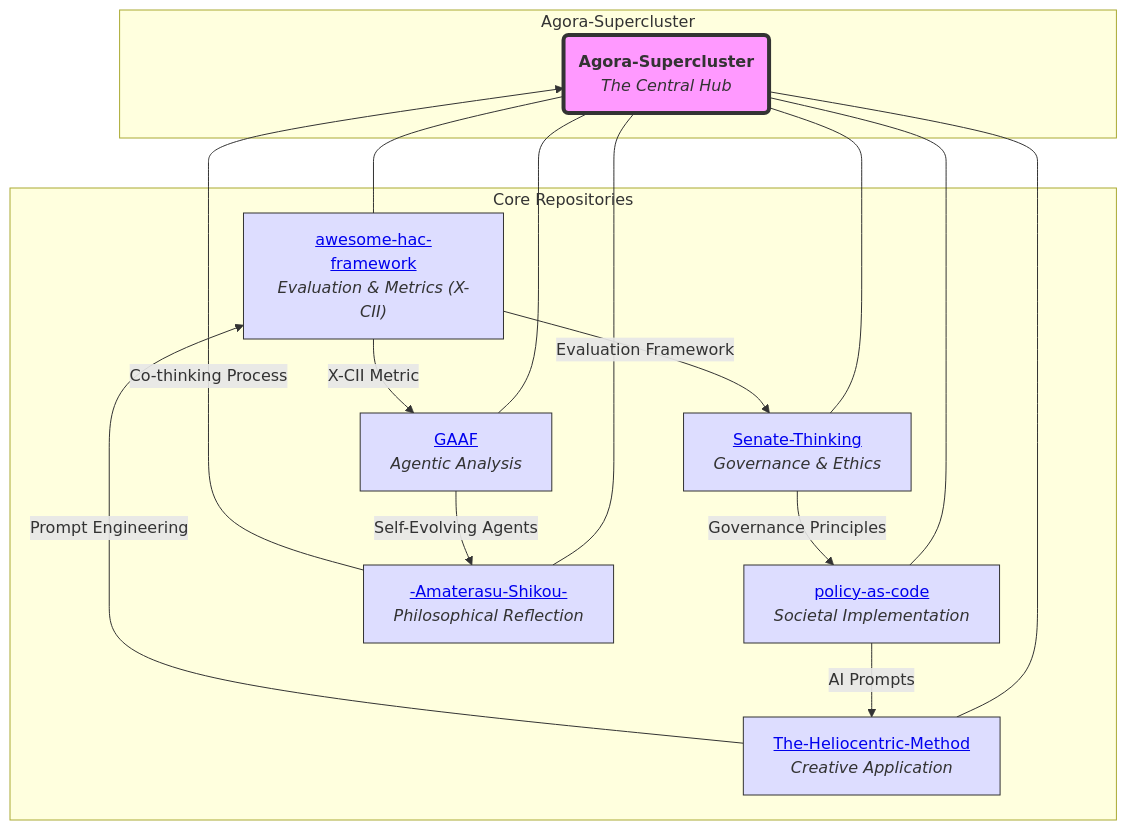
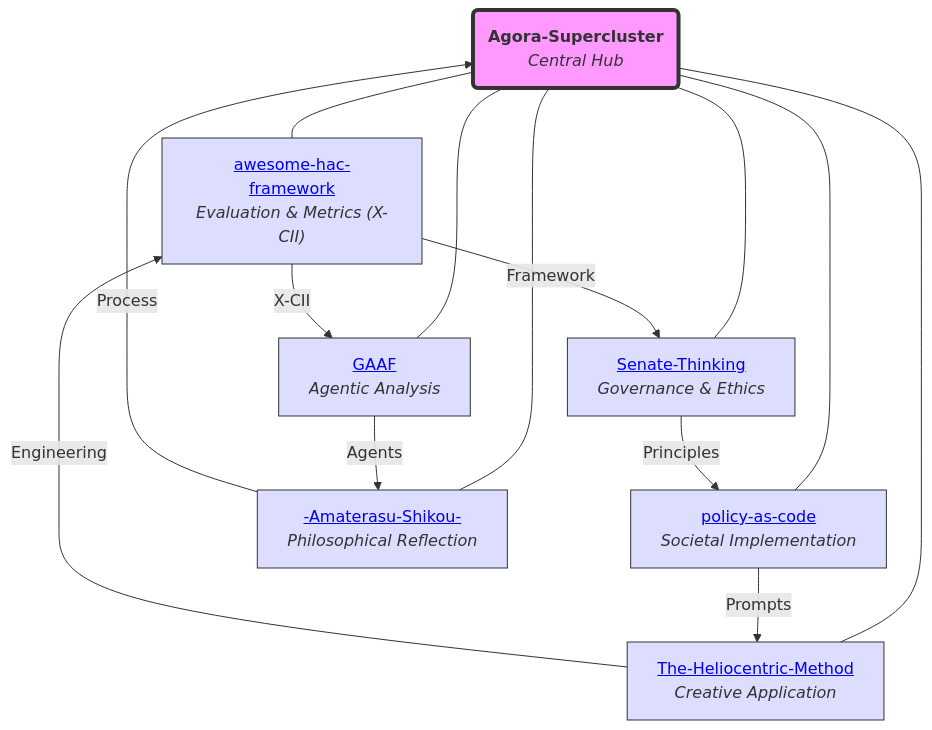
The diagram in README.md (torisan-unya/Agora-Supercluster), drawn with Mermaid before and after one commit. The commit also changed other lines of this file, not shown here.

````diff
--- a/README.md
+++ b/README.md
@@ -26,31 +20,22 @@
 ```mermaid
 graph TD
-    subgraph Agora-Supercluster
-        A("<b>Agora-Supercluster</b><br><i>The Central Hub</i>")
-    end
-    subgraph Core Repositories
-        B["<a href='https://github.com/torisan-unya/awesome-hac-framework'>awesome-hac-framework</a><br><i>Evaluation & Metrics (X-CII)</i>"]
-        C["<a href='https://github.com/torisan-unya/Senate-Thinking'>Senate-Thinking</a><br><i>Governance & Ethics</i>"]
-        D["<a href='https://github.com/torisan-unya/The-Heliocentric-Method'>The-Heliocentric-Method</a><br><i>Creative Application</i>"]
-        E["<a href='https://github.com/torisan-unya/GAAF'>GAAF</a><br><i>Agentic Analysis</i>"]
-        F["<a href='https://github.com/torisan-unya/policy-as-code'>policy-as-code</a><br><i>Societal Implementation</i>"]
-        G["<a href='https://github.com/torisan-unya/-Amaterasu-Shikou-'>-Amaterasu-Shikou-</a><br><i>Philosophical Reflection</i>"]
-    end
-    A --- B
-    A --- C
-    A --- D
-    A --- E
-    A --- F
-    A --- G
-    B -- X-CII Metric --> E
-    B -- Evaluation Framework --> C
-    F -- AI Prompts --> D
-    G -- Co-thinking Process --> A
-    C -- Governance Principles --> F
-    D -- Prompt Engineering --> B
-    E -- Self-Evolving Agents --> G
+    A("<b>Agora-Supercluster</b><br><i>Central Hub</i>")
+    B["<a href='https://github.com/torisan-unya/awesome-hac-framework'>awesome-hac-framework</a><br><i>Evaluation & Metrics (X-CII)</i>"]
+    C["<a href='https://github.com/torisan-unya/Senate-Thinking'>Senate-Thinking</a><br><i>Governance & Ethics</i>"]
+    D["<a href='https://github.com/torisan-unya/The-Heliocentric-Method'>The-Heliocentric-Method</a><br><i>Creative Application</i>"]
+    E["<a href='https://github.com/torisan-unya/GAAF'>GAAF</a><br><i>Agentic Analysis</i>"]
+    F["<a href='https://github.com/torisan-unya/policy-as-code'>policy-as-code</a><br><i>Societal Implementation</i>"]
+    G["<a href='https://github.com/torisan-unya/-Amaterasu-Shikou-'>-Amaterasu-Shikou-</a><br><i>Philosophical Reflection</i>"]
+    A --- B & C & D & E & F & G
+    B -- X-CII --> E
+    B -- Framework --> C
+    F -- Prompts --> D
+    G -- Process --> A
+    C -- Principles --> F
+    D -- Engineering --> B
+    E -- Agents --> G
     classDef hub fill:#f9f,stroke:#333,stroke-width:4px;
     class A hub;
     classDef core fill:#ddf,stroke:#333;
     class B,C,D,E,F,G core;
 ```
````
